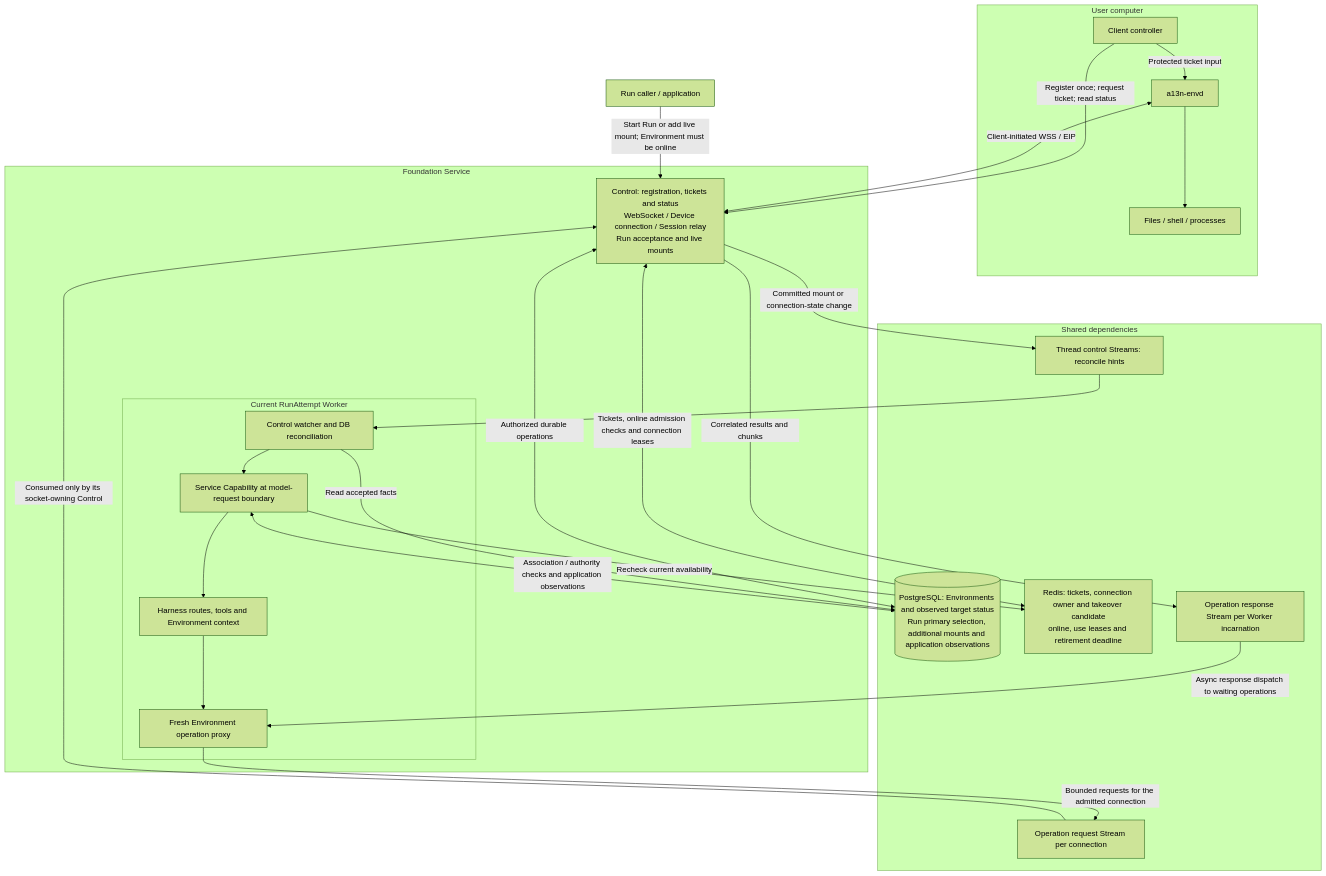
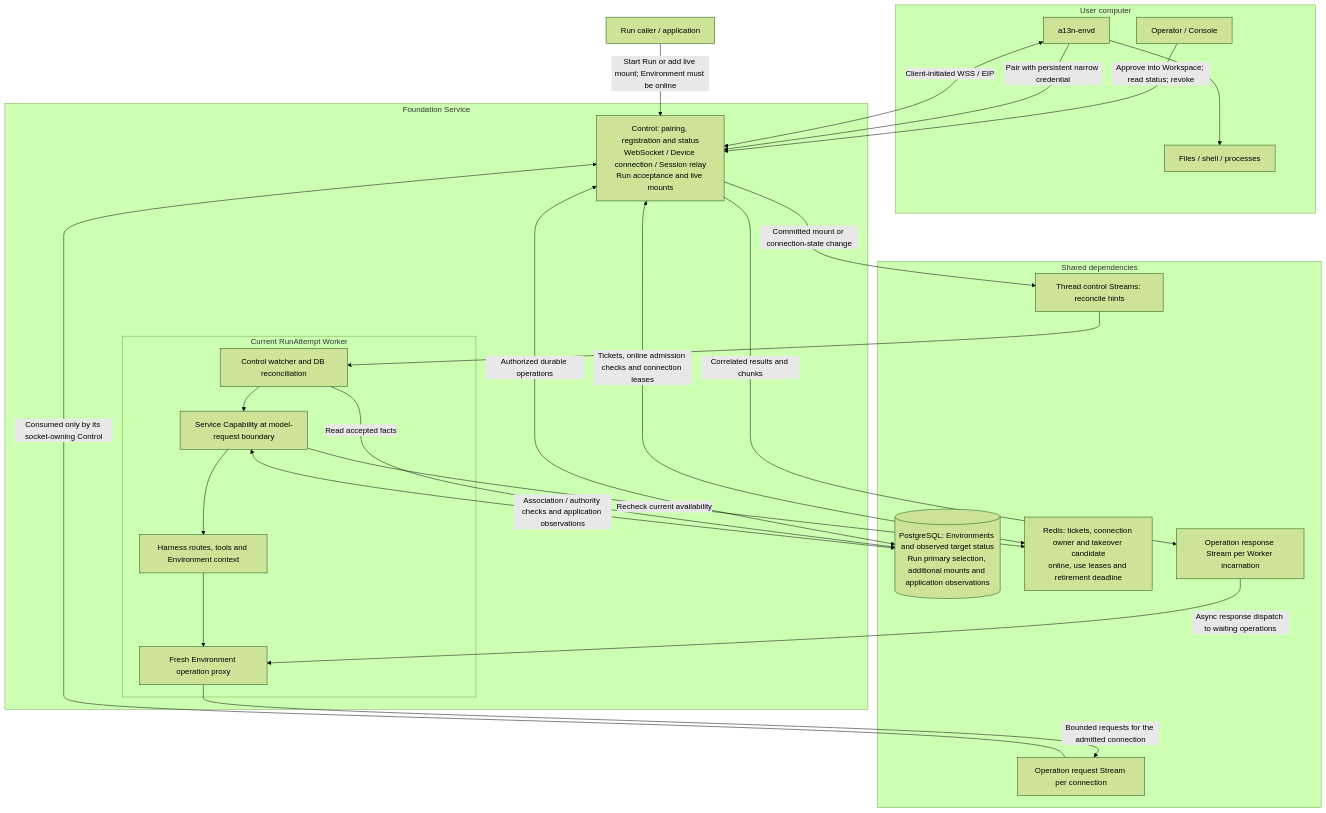
One commit to LTThreeComma/agent-foundation changed the first of 5 diagrams in spec/a13n-service/29a-websocket-environments-and-live-mounts.md. Above: the diagram before and after it, drawn with Mermaid (forest theme). The commit also changed other lines of this file and 139 other files, not shown here.

First line of the commit message:
feat(environments): add device self-registration and thread-owned selections (#592)

````diff
--- a/spec/a13n-service/29a-websocket-environments-and-live-mounts.md
+++ b/spec/a13n-service/29a-websocket-environments-and-live-mounts.md
@@ -25,44 +25,44 @@
 ```mermaid
 flowchart TB
     subgraph Client["User computer"]
-        Controller["Client controller"]
+        Operator["Operator / Console"]
         Envd["a13n-envd"]
         Computer["Files / shell / processes"]
-        Controller -->|"Protected ticket input"| Envd
         Envd --> Computer
     end
     Caller["Run caller / application"]
     subgraph Service["Foundation Service"]
-        Control["Control: registration, tickets and status<br/>WebSocket / Device connection / Session relay<br/>Run acceptance and live mounts"]
+        Control["Control: pairing, registration and status<br/>WebSocket / Device connection / Session relay<br/>Run acceptance and live mounts"]
         subgraph Worker["Current RunAttempt Worker"]
             Reconcile["Control watcher and DB reconciliation"]
             Boundary["Service Capability at model-request boundary"]
             Harness["Harness routes, tools and Environment context"]
             Proxy["Fresh Environment operation proxy"]
             Reconcile --> Boundary
             Boundary --> Harness
             Harness --> Proxy
         end
     end
     subgraph Stores["Shared dependencies"]
         DB[("PostgreSQL: Environments and observed target status<br/>Run primary selection, additional mounts and application observations")]
         Presence["Redis: tickets, connection owner and takeover candidate<br/>online, use leases and retirement deadline"]
         Wake["Thread control Streams: reconcile hints"]
         Requests["Operation request Stream per connection"]
         Responses["Operation response Stream per Worker incarnation"]
     end
-    Controller -->|"Register once; request ticket; read status"| Control
+    Operator -->|"Approve into Workspace; read status; revoke"| Control
+    Envd -->|"Pair with persistent narrow credential"| Control
     Envd <-->|"Client-initiated WSS / EIP"| Control
     Caller -->|"Start Run or add live mount; Environment must be online"| Control
     Control <-->|"Authorized durable operations"| DB
     Control <-->|"Tickets, online admission checks and connection leases"| Presence
     Control -->|"Committed mount or connection-state change"| Wake
     Wake --> Reconcile
     Reconcile -->|"Read accepted facts"| DB
     Boundary <-->|"Association / authority checks and application observations"| DB
     Boundary -->|"Recheck current availability"| Presence
     Proxy -->|"Bounded requests for the admitted connection"| Requests
     Requests -->|"Consumed only by its socket-owning Control"| Control
     Control -->|"Correlated results and chunks"| Responses
     Responses -->|"Async response dispatch to waiting operations"| Proxy
 ```
````
